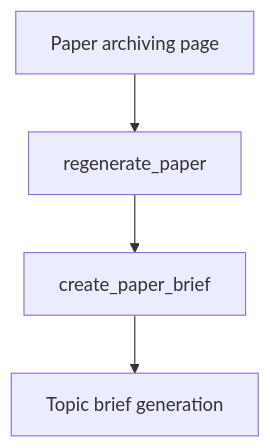
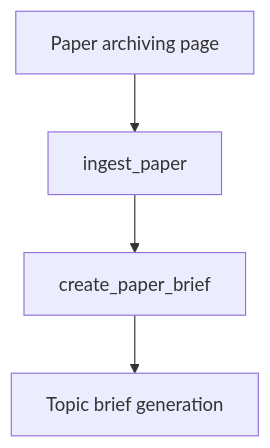
One commit to GustavoRusso/paper-reviewer changed the diagram in docs/specs/2.2.3-generate-paper-brief.md. Above: the diagram before and after it, drawn with Mermaid. The commit also changed other lines of this file and 24 other files, not shown here.

Commit message:
docs and code changed to rename the "regenerate_paper" Prefect flow to "ingest_paper"

````diff
--- a/docs/specs/2.2.3-generate-paper-brief.md
+++ b/docs/specs/2.2.3-generate-paper-brief.md
@@ -57,10 +57,10 @@
 ```mermaid
 flowchart TB
   archive[Paper archiving page]
-  regen[regenerate_paper]
+  ingest[ingest_paper]
   briefJob[create_paper_brief]
   topic[Topic brief generation]
-  archive --> regen
-  regen --> briefJob
+  archive --> ingest
+  ingest --> briefJob
   briefJob --> topic
 ```
````
